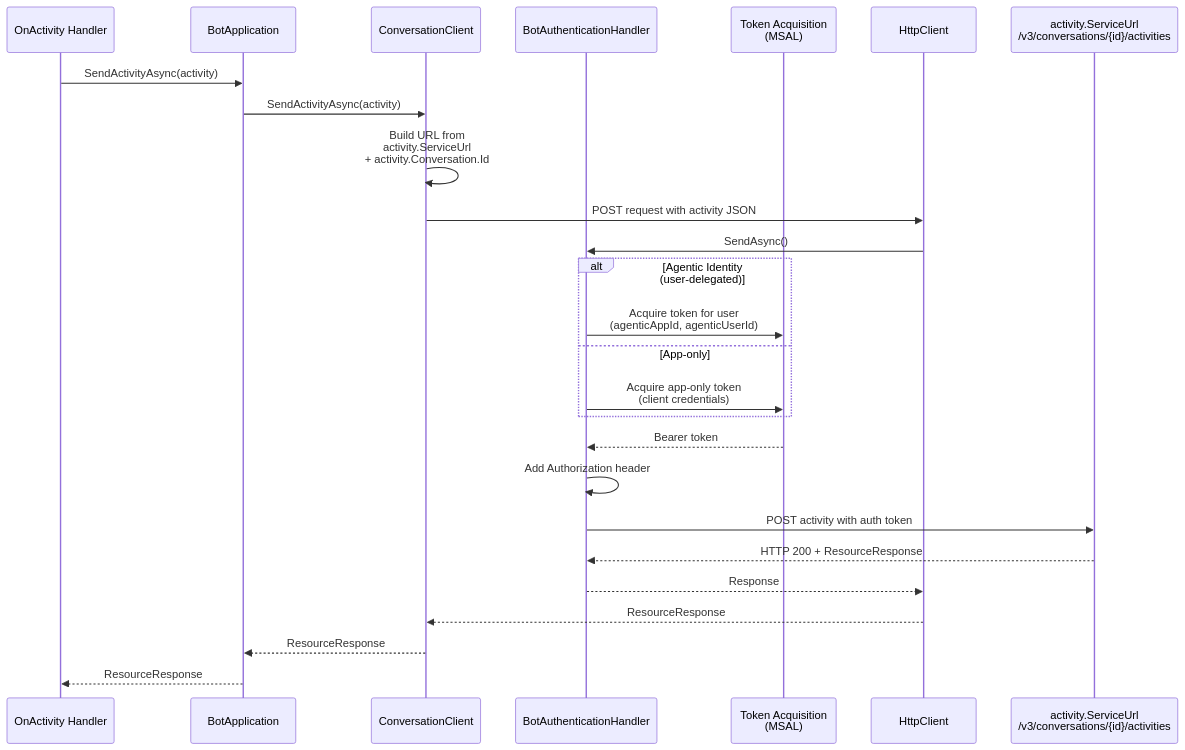
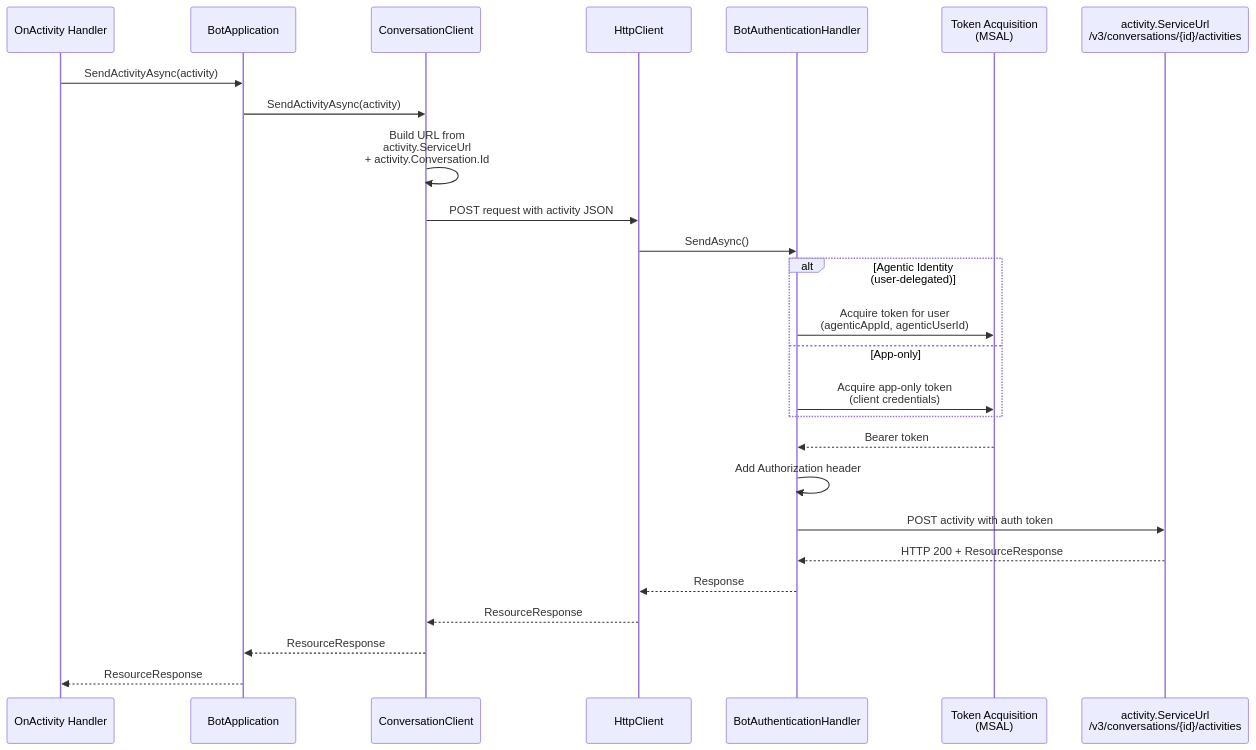
Before and after one commit to rido-min/teams.net: the third of 6 diagrams in Architecture.md, drawn with Mermaid. The commit also changed other lines of this file, not shown here.

Commit message:
Add HTTPClient participant to Outbound Authentication Flow sequence diagram

````diff
--- a/Architecture.md
+++ b/Architecture.md
@@ -93,31 +93,31 @@
 ```mermaid
 sequenceDiagram
     participant Handler as OnActivity Handler
     participant BotApp as BotApplication
     participant ConvClient as ConversationClient
+    participant HTTPClient as HttpClient
     participant AuthHandler as BotAuthenticationHandler
     participant MSAL as Token Acquisition<br/>(MSAL)
-    participant HTTPClient as HttpClient
     participant ServiceURL as activity.ServiceUrl<br/>/v3/conversations/{id}/activities
     
     Handler->>BotApp: SendActivityAsync(activity)
     BotApp->>ConvClient: SendActivityAsync(activity)
     ConvClient->>ConvClient: Build URL from<br/>activity.ServiceUrl<br/>+ activity.Conversation.Id
     ConvClient->>HTTPClient: POST request with activity JSON
     HTTPClient->>AuthHandler: SendAsync()
     
     alt Agentic Identity (user-delegated)
         AuthHandler->>MSAL: Acquire token for user<br/>(agenticAppId, agenticUserId)
     else App-only
         AuthHandler->>MSAL: Acquire app-only token<br/>(client credentials)
     end
     
     MSAL-->>AuthHandler: Bearer token
     AuthHandler->>AuthHandler: Add Authorization header
     AuthHandler->>ServiceURL: POST activity with auth token
     ServiceURL-->>AuthHandler: HTTP 200 + ResourceResponse
     AuthHandler-->>HTTPClient: Response
     HTTPClient-->>ConvClient: ResourceResponse
     ConvClient-->>BotApp: ResourceResponse
     BotApp-->>Handler: ResourceResponse
 ```
````
